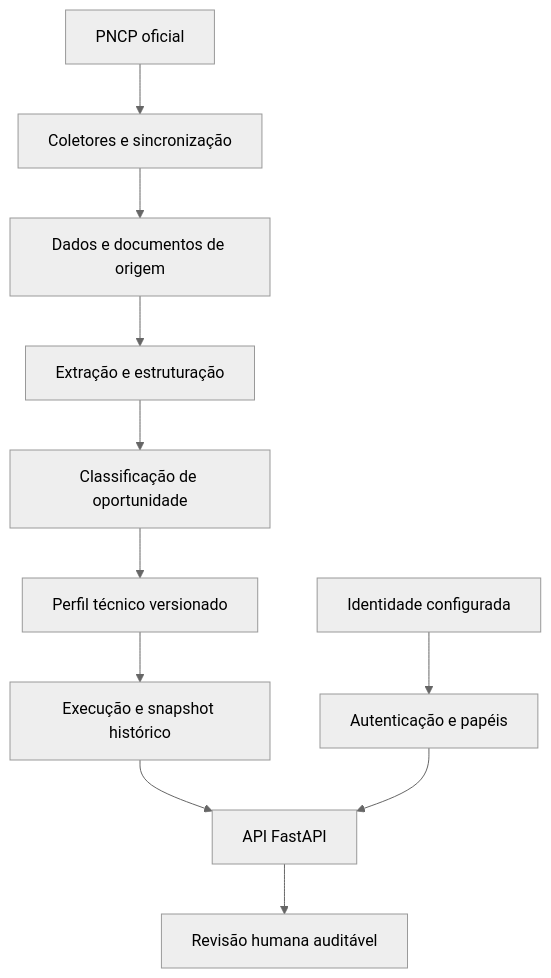
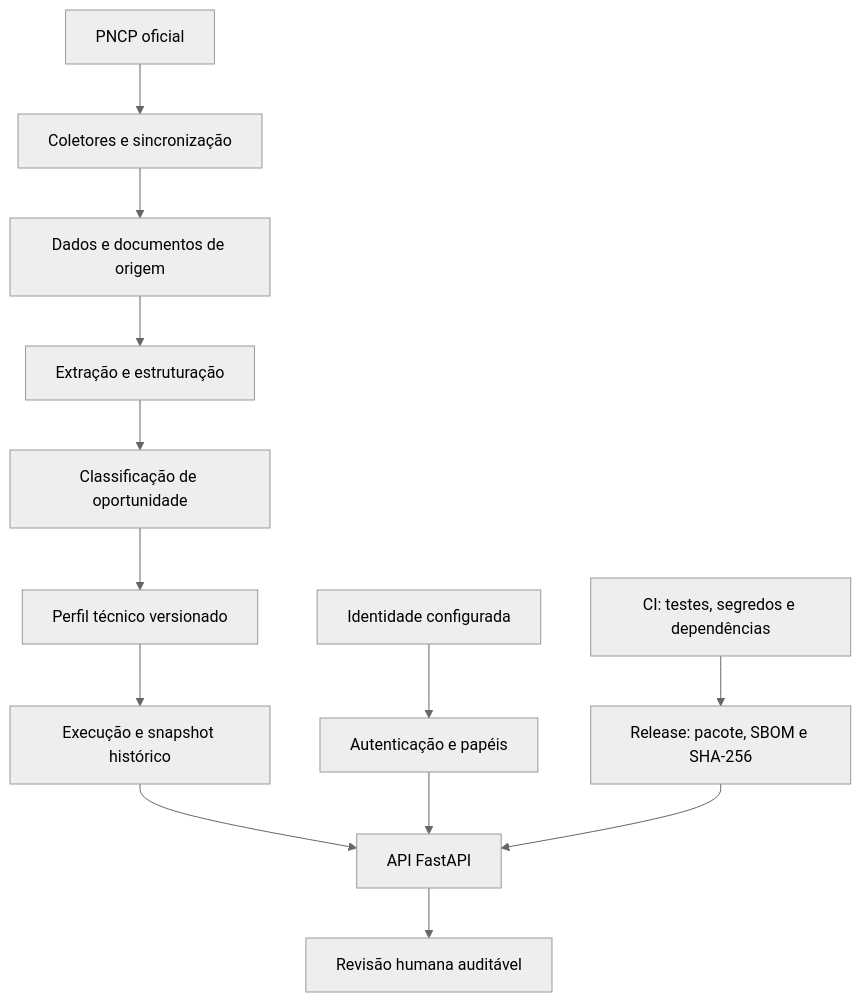
The diagram in docs/architecture.md (adilsonsg/sigarp), drawn with Mermaid (neutral theme) before and after one commit. The commit also changed other lines of this file and 21 other files, not shown here.

````diff
--- a/docs/architecture.md
+++ b/docs/architecture.md
@@ -8,13 +8,15 @@
 ```mermaid
 flowchart TD
     PNCP["PNCP oficial"] --> COL["Coletores e sincronização"]
     COL --> RAW["Dados e documentos de origem"]
     RAW --> EXT["Extração e estruturação"]
     EXT --> CLS["Classificação de oportunidade"]
     CLS --> PRF["Perfil técnico versionado"]
     PRF --> AUD["Execução e snapshot histórico"]
     AUD --> API["API FastAPI"]
     ID["Identidade configurada"] --> AUTH["Autenticação e papéis"]
     AUTH --> API
     API --> REV["Revisão humana auditável"]
+    CI["CI: testes, segredos e dependências"] --> REL["Release: pacote, SBOM e SHA-256"]
+    REL --> API
 ```
````
